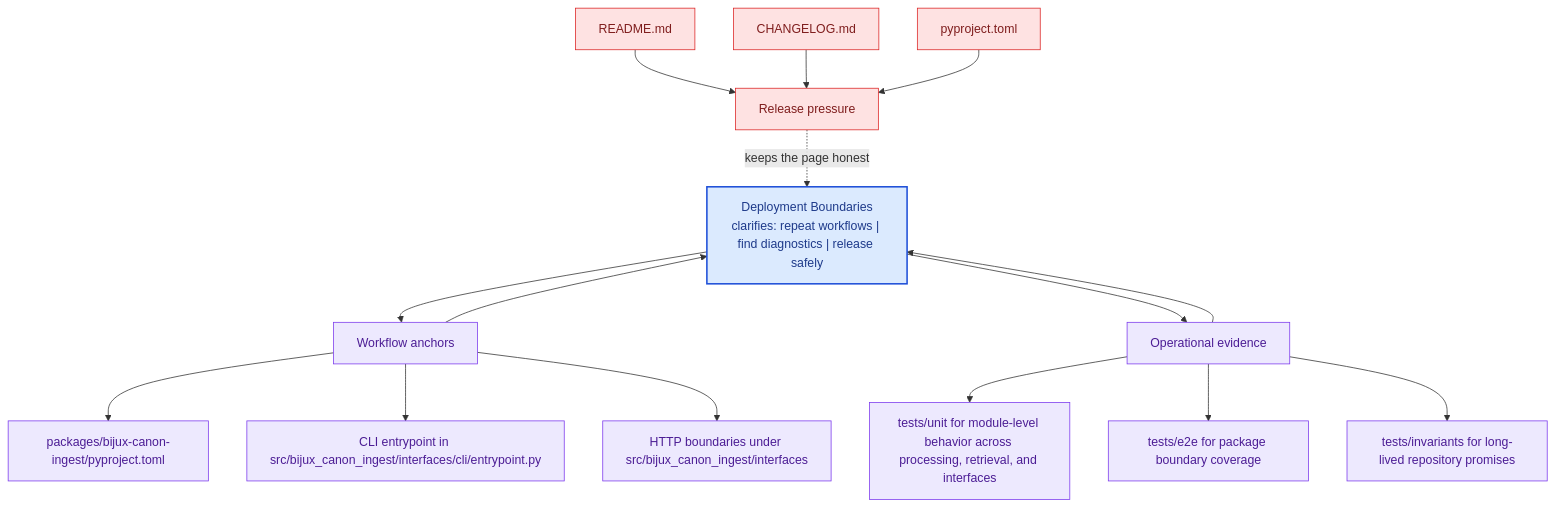
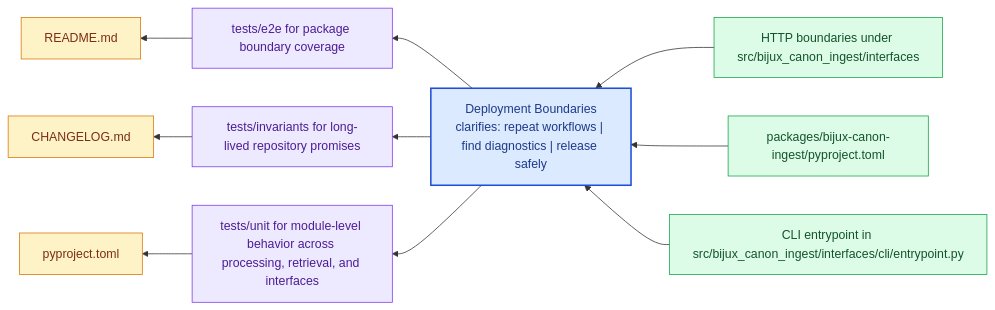
One commit to bijux/bijux-canon changed the diagram in docs/bijux-canon-ingest/operations/deployment-boundaries.md. Above: the diagram before and after it, drawn with Mermaid. The commit also changed other lines of this file and 281 other files, not shown here.

Commit message:
docs(diagrams): replace repeated mermaid scaffolds with page-specific summaries

````diff
--- a/docs/bijux-canon-ingest/operations/deployment-boundaries.md
+++ b/docs/bijux-canon-ingest/operations/deployment-boundaries.md
@@ -67,41 +22,31 @@
 ```mermaid
-flowchart TB
-    promise["Deployment Boundaries<br/>clarifies: repeat workflows | find diagnostics | release safely"]
-    classDef promise fill:#dbeafe,stroke:#1d4ed8,color:#1e3a8a,stroke-width:2px;
-    classDef driver fill:#dcfce7,stroke:#16a34a,color:#14532d;
-    classDef constraint fill:#fee2e2,stroke:#dc2626,color:#7f1d1d;
-    classDef ground fill:#ede9fe,stroke:#7c3aed,color:#4c1d95;
-    focus1["Workflow anchors"]
-    focus1 --> promise
-    promise --> focus1
-    focus1_1["packages/bijux-canon-ingest/pyproject.toml"]
-    focus1 --> focus1_1
-    focus1_2["CLI entrypoint in src/bijux_canon_ingest/interfaces/cli/entrypoint.py"]
-    focus1 --> focus1_2
-    focus1_3["HTTP boundaries under src/bijux_canon_ingest/interfaces"]
-    focus1 --> focus1_3
-    class focus1 ground;
-    class focus1_1,focus1_2,focus1_3 ground;
-    focus2["Operational evidence"]
-    focus2 --> promise
-    promise --> focus2
-    focus2_1["tests/unit for module-level behavior across processing, retrieval, and interfaces"]
-    focus2 --> focus2_1
-    focus2_2["tests/e2e for package boundary coverage"]
-    focus2 --> focus2_2
-    focus2_3["tests/invariants for long-lived repository promises"]
-    focus2 --> focus2_3
-    class focus2 ground;
-    class focus2_1,focus2_2,focus2_3 ground;
-    focus3["Release pressure"]
-    focus3 -.keeps the page honest.-> promise
-    focus3_1["README.md"]
-    focus3_1 --> focus3
-    focus3_2["CHANGELOG.md"]
-    focus3_2 --> focus3
-    focus3_3["pyproject.toml"]
-    focus3_3 --> focus3
-    class focus3 constraint;
-    class focus3_1,focus3_2,focus3_3 constraint;
-    class promise promise;
+flowchart RL
+    page["Deployment Boundaries<br/>clarifies: repeat workflows | find diagnostics | release safely"]
+    classDef page fill:#dbeafe,stroke:#1d4ed8,color:#1e3a8a,stroke-width:2px;
+    classDef positive fill:#dcfce7,stroke:#16a34a,color:#14532d;
+    classDef caution fill:#fee2e2,stroke:#dc2626,color:#7f1d1d;
+    classDef anchor fill:#ede9fe,stroke:#7c3aed,color:#4c1d95;
+    classDef action fill:#fef3c7,stroke:#d97706,color:#7c2d12;
+    step1["HTTP boundaries under src/bijux_canon_ingest/interfaces"]
+    step1 --> page
+    step2["packages/bijux-canon-ingest/pyproject.toml"]
+    step2 --> page
+    step3["CLI entrypoint in src/bijux_canon_ingest/interfaces/cli/entrypoint.py"]
+    step3 --> page
+    run1["tests/e2e for package boundary coverage"]
+    page --> run1
+    run2["tests/invariants for long-lived repository promises"]
+    page --> run2
+    run3["tests/unit for module-level behavior across processing, retrieval, and interfaces"]
+    page --> run3
+    release1["README.md"]
+    run1 --> release1
+    release2["CHANGELOG.md"]
+    run2 --> release2
+    release3["pyproject.toml"]
+    run3 --> release3
+    class page page;
+    class step1,step2,step3 positive;
+    class run1,run2,run3 anchor;
+    class release1,release2,release3 action;
 ```
````
